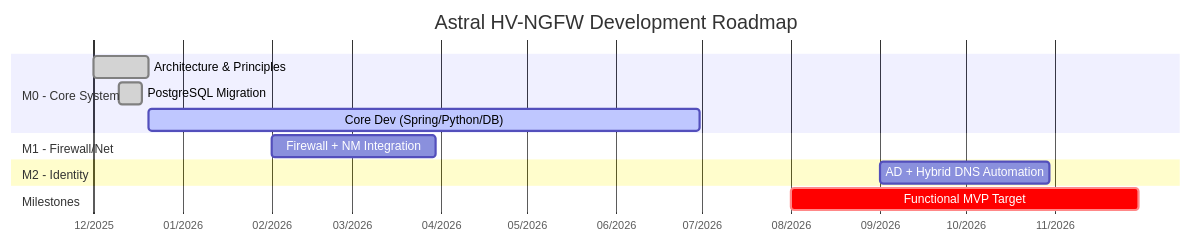
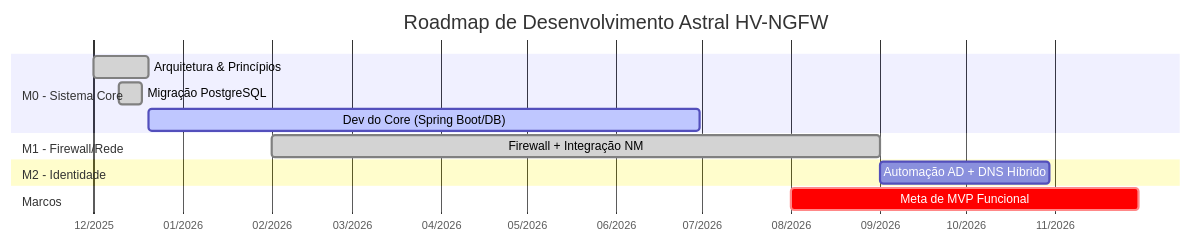
One commit to euripedesdark/astral-plataform-hci changed the second of 5 diagrams in projectupdates.md. Above: the diagram before and after it, drawn with Mermaid. The commit also changed other lines of this file, not shown here.

````diff
--- a/projectupdates.md
+++ b/projectupdates.md
@@ -117,21 +133,20 @@
 ```mermaid
 gantt
-  title Astral HV-NGFW Development Roadmap
+  title Roadmap de Desenvolvimento Astral HV-NGFW
   dateFormat  YYYY-MM-DD
   axisFormat  %m/%Y
 
-  section M0 - Core System
-  Architecture & Principles       :done, m0_1, 2025-12-01, 2025-12-20
-  PostgreSQL Migration            :done, m0_2, 2025-12-10, 2025-12-18
-  Core Dev (Spring/Python/DB)     :active, m0_3, 2025-12-20, 2026-06-30
+  section M0 - Sistema Core
+  Arquitetura & Princípios         :done, m0_1, 2025-12-01, 2025-12-20
+  Migração PostgreSQL              :done, m0_2, 2025-12-10, 2025-12-18
+  Dev do Core (Spring Boot/DB)     :active, m0_3, 2025-12-20, 2026-06-30
 
-  section M1 - Firewall/Net
-  Firewall + NM Integration       :m1_1, 2026-02-01, 2026-03-30
+  section M1 - Firewall/Rede
+  Firewall + Integração NM         :done, m1_1, 2026-02-01, 2026-09-01
 
-  section M2 - Identity
-  AD + Hybrid DNS Automation      :m2_1, 2026-09-01, 2026-10-30
+  section M2 - Identidade
+  Automação AD + DNS Híbrido       :m2_1, 2026-09-01, 2026-10-30
 
-  section Milestones
-  Functional MVP Target           :crit, mvp, 2026-08-01, 2026-11-30
-
+  section Marcos
+  Meta de MVP Funcional            :crit, mvp, 2026-08-01, 2026-11-30
 ```
````
